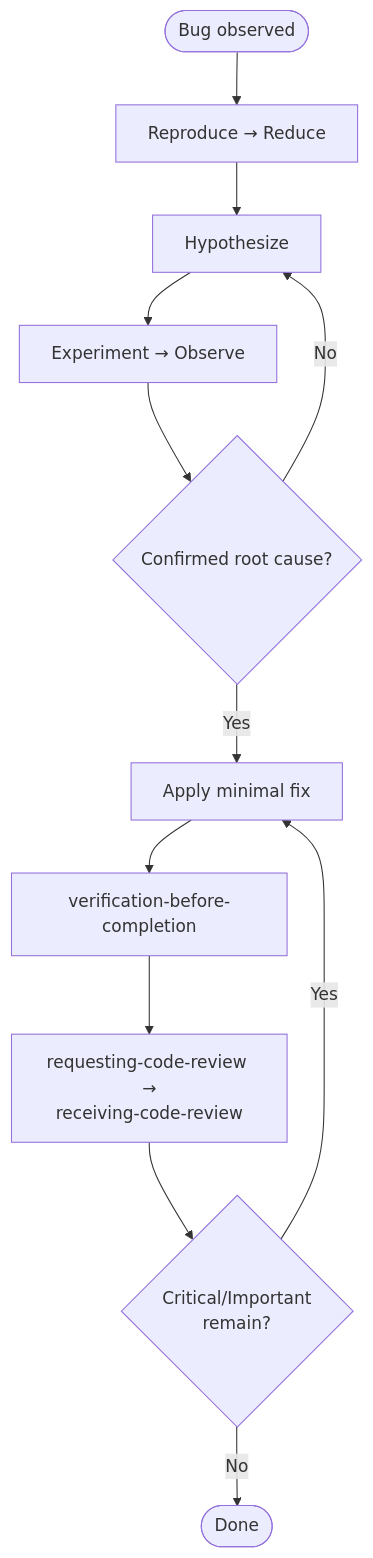
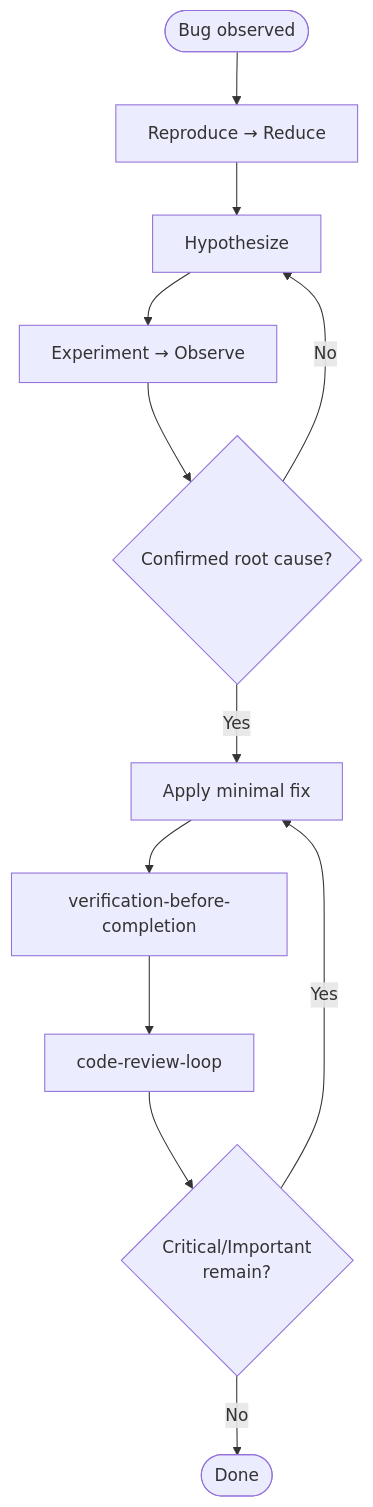
One commit to wintermaples/spec-coexist changed the diagram in .claude/skills/systematic-debugging/SKILL.md. Above: the diagram before and after it, drawn with Mermaid. The commit also changed other lines of this file and 158 other files, not shown here.

````diff
--- a/.claude/skills/systematic-debugging/SKILL.md
+++ b/.claude/skills/systematic-debugging/SKILL.md
@@ -50,14 +50,14 @@
 ```mermaid
 flowchart TD
     Start([Bug observed]) --> R[Reproduce → Reduce]
     R --> H[Hypothesize]
     H --> E[Experiment → Observe]
     E --> J{Confirmed root cause?}
     J -- No --> H
     J -- Yes --> Fix[Apply minimal fix]
     Fix --> V[verification-before-completion]
-    V --> Rv[requesting-code-review →<br/>receiving-code-review]
+    V --> Rv[code-review-loop]
     Rv --> Crit{Critical/Important<br/>remain?}
     Crit -- Yes --> Fix
     Crit -- No --> End([Done])
 ```
````
